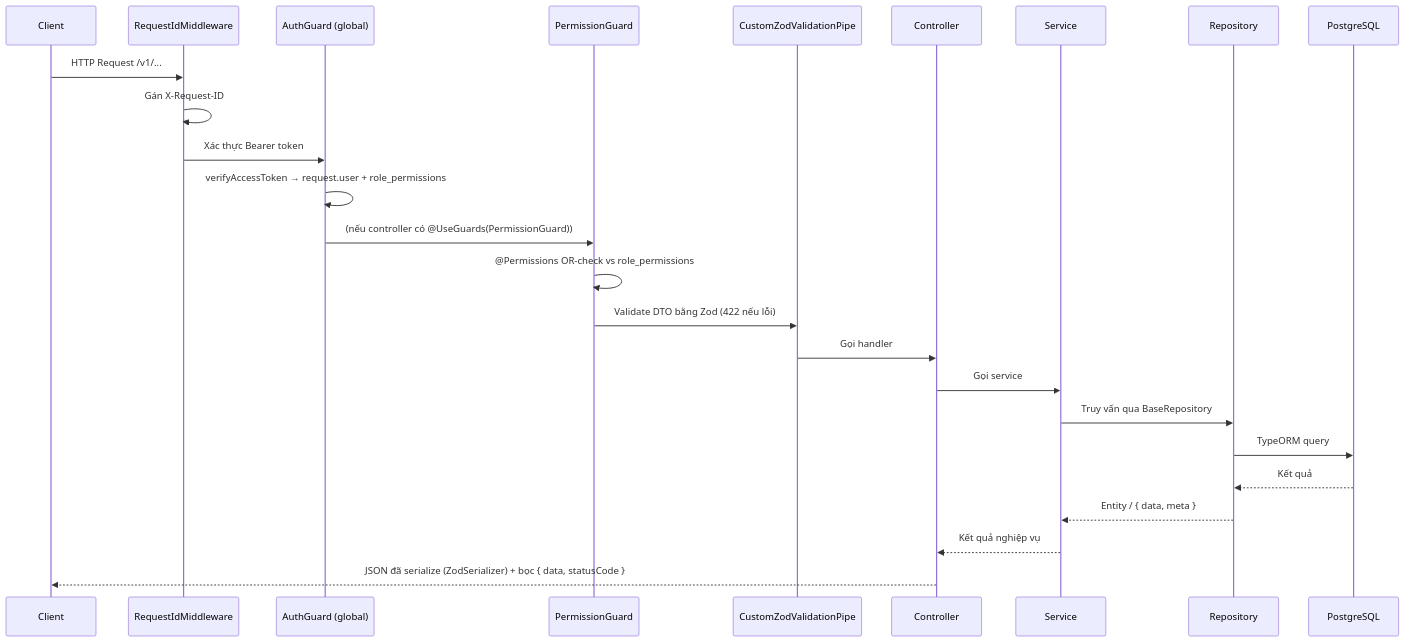
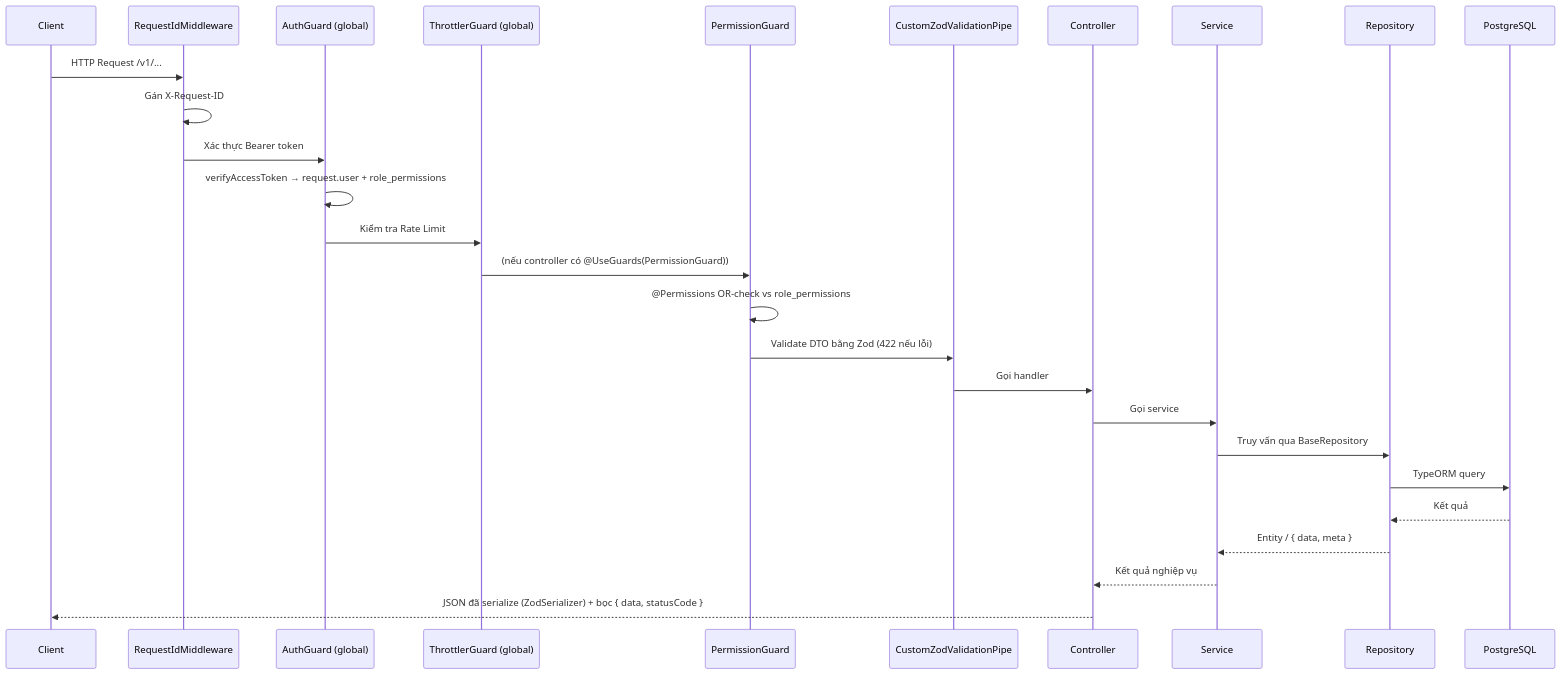
The second of 4 diagrams in docs/BE_ARCHITECTURE.md (trungcrbay/crm_fcvn), drawn with Mermaid before and after one commit. The commit also changed other lines of this file and 1 other file, not shown here.

Commit message:
update conventions file + architecture file

````diff
--- a/docs/BE_ARCHITECTURE.md
+++ b/docs/BE_ARCHITECTURE.md
@@ -117,28 +127,30 @@
 ```mermaid
 sequenceDiagram
     participant C as Client
     participant MW as RequestIdMiddleware
     participant AG as AuthGuard (global)
+    participant TG as ThrottlerGuard (global)
     participant PG as PermissionGuard
     participant VP as CustomZodValidationPipe
     participant CT as Controller
     participant S as Service
     participant R as Repository
     participant DB as PostgreSQL
 
     C->>MW: HTTP Request /v1/...
     MW->>MW: Gán X-Request-ID
     MW->>AG: Xác thực Bearer token
     AG->>AG: verifyAccessToken → request.user + role_permissions
-    AG->>PG: (nếu controller có @UseGuards(PermissionGuard))
+    AG->>TG: Kiểm tra Rate Limit
+    TG->>PG: (nếu controller có @UseGuards(PermissionGuard))
     PG->>PG: @Permissions OR-check vs role_permissions
     PG->>VP: Validate DTO bằng Zod (422 nếu lỗi)
     VP->>CT: Gọi handler
     CT->>S: Gọi service
     S->>R: Truy vấn qua BaseRepository
     R->>DB: TypeORM query
     DB-->>R: Kết quả
     R-->>S: Entity / { data, meta }
     S-->>CT: Kết quả nghiệp vụ
     CT-->>C: JSON đã serialize (ZodSerializer) + bọc { data, statusCode }
 ```
````
